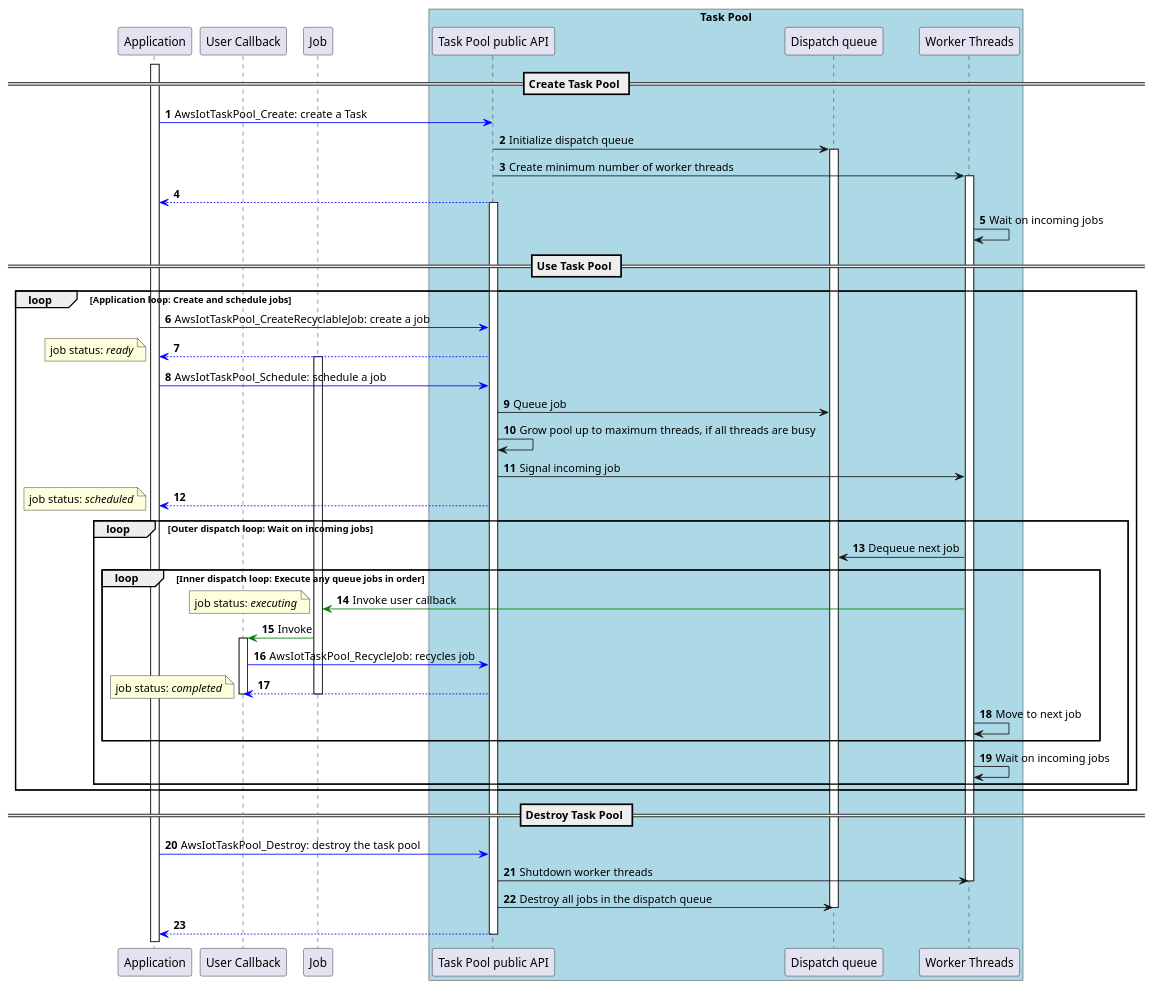
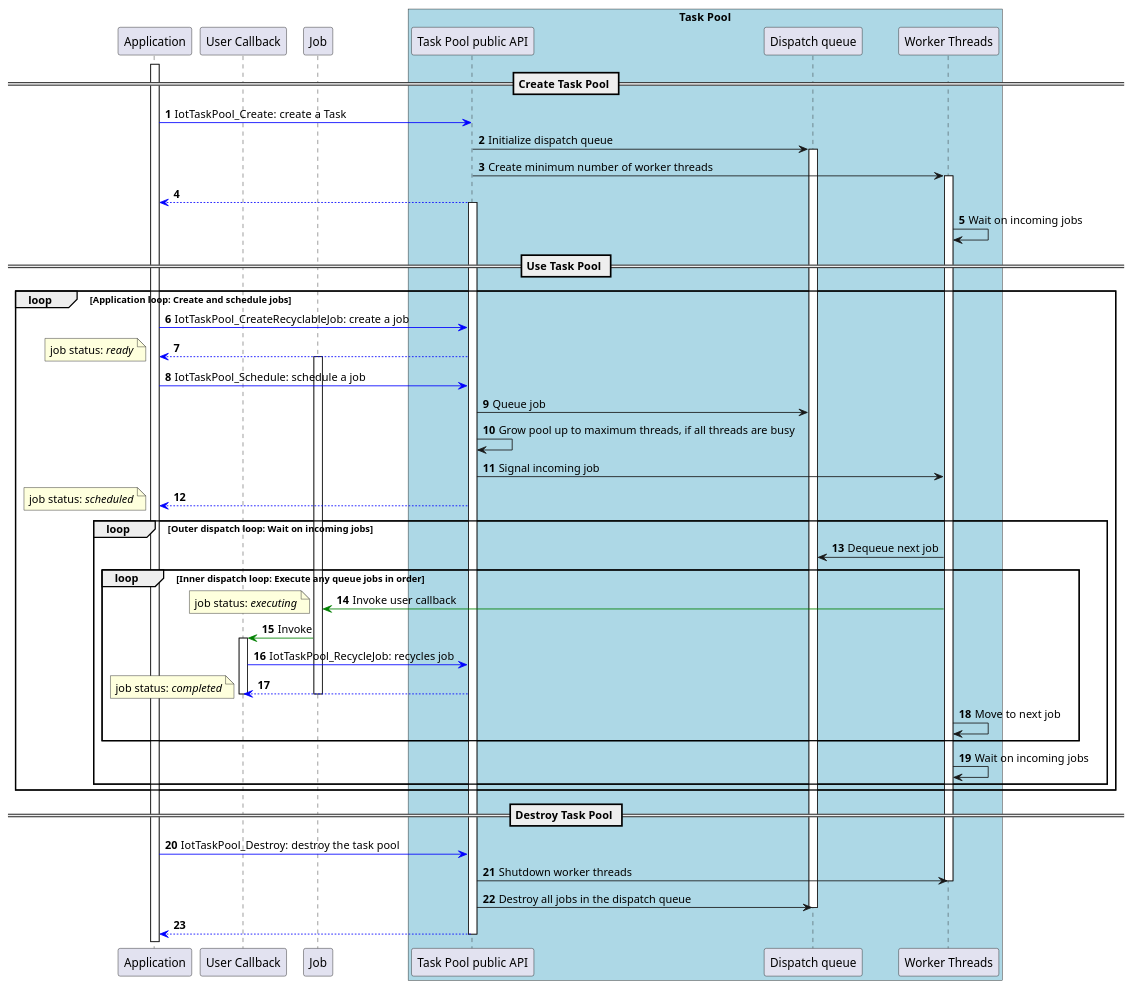
One commit to aws/aws-iot-device-sdk-embedded-C changed the diagram in doc/plantuml/taskpool_design_typicaloperation.pu. Above: the diagram before and after it, drawn with PlantUML. The commit also changed 7 other files, not shown here.

Commit message:
Task pool documentation improvements.

```diff
--- a/doc/plantuml/taskpool_design_typicaloperation.pu
+++ b/doc/plantuml/taskpool_design_typicaloperation.pu
@@ -1,77 +1,77 @@
 @startuml
 skinparam classFontSize 8
 skinparam classFontName Helvetica
 autonumber
 
 participant "Application" as app
 participant "User Callback" as callback
 participant "Job" as job
 
 participant "Task Pool public API" as TP
 participant "Dispatch queue" as queue
 participant "Worker Threads" as workers
 
 box "Task Pool" #LightBlue
     participant TP
     participant queue
     participant workers
 end box
 
 == Create Task Pool ==
 
 activate app
 
-app -[#blue]> TP: AwsIotTaskPool_Create: create a Task 
+app -[#blue]> TP: IotTaskPool_Create: create a Task 
 TP -> queue: Initialize dispatch queue
 activate queue
 TP -> workers: Create minimum number of worker threads
 activate workers
 TP --[#blue]> app
 activate TP
 workers -> workers: Wait on incoming jobs
 
 == Use Task Pool ==
 
 loop Application loop: Create and schedule jobs
-	app -[#blue]> TP: AwsIotTaskPool_CreateRecyclableJob: create a job
+	app -[#blue]> TP: IotTaskPool_CreateRecyclableJob: create a job
 	TP --[#blue]> app
 	activate job
 	note left: job status: //ready//
 	
-	app -[#blue]> TP: AwsIotTaskPool_Schedule: schedule a job
+	app -[#blue]> TP: IotTaskPool_Schedule: schedule a job
 	TP -> queue: Queue job
 	TP -> TP: Grow pool up to maximum threads, if all threads are busy
 	TP -> workers: Signal incoming job
 	TP --[#blue]> app
 	note left: job status: //scheduled//
 	
 	loop Outer dispatch loop: Wait on incoming jobs
 		workers -> queue: Dequeue next job
 		loop Inner dispatch loop: Execute any queue jobs in order
 			workers -[#green]> job: Invoke user callback
 			note left: job status: //executing//
 			job -[#green]> callback: Invoke
 			activate callback
-			callback -[#blue]> TP: AwsIotTaskPool_RecycleJob: recycles job
+			callback -[#blue]> TP: IotTaskPool_RecycleJob: recycles job
 			TP --[#blue]> callback
 			note left: job status: //completed//
 			deactivate job
 			deactivate callback
 			workers -> workers: Move to next job
 		end
 		workers -> workers: Wait on incoming jobs
 	end
 	
 end
 	
 == Destroy Task Pool ==
 
-    app -[#blue]> TP: AwsIotTaskPool_Destroy: destroy the task pool
+    app -[#blue]> TP: IotTaskPool_Destroy: destroy the task pool
 	TP -> workers: Shutdown worker threads
 	deactivate workers
 	TP -> queue: Destroy all jobs in the dispatch queue
 	deactivate queue
     TP --[#blue]> app
 	deactivate TP
 
 @enduml
```
